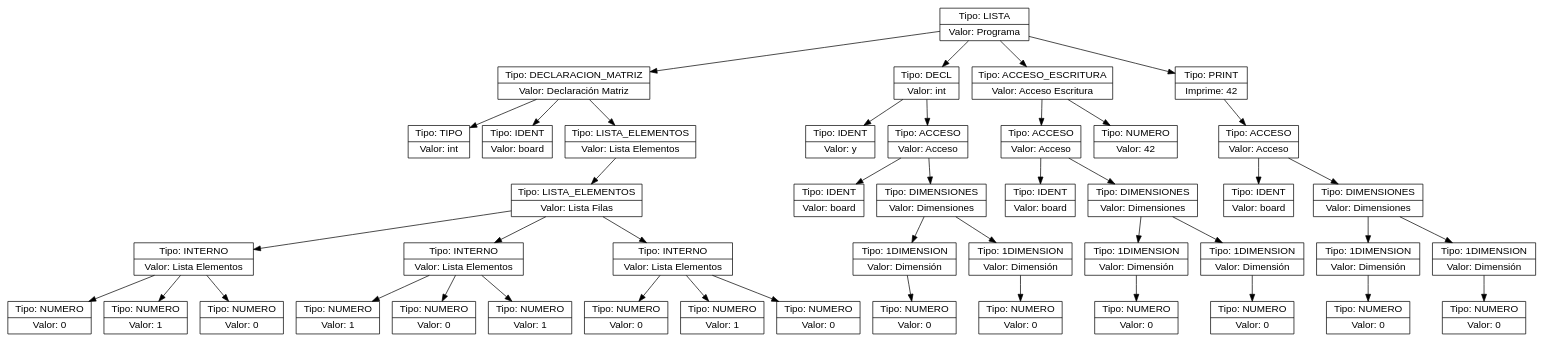
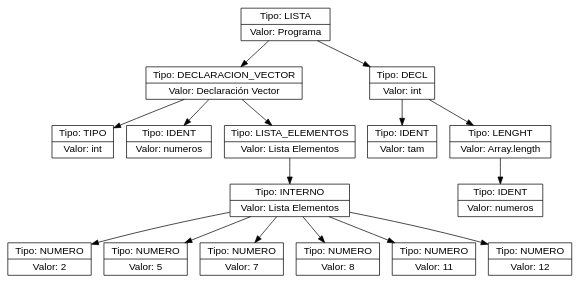
One commit to Farot30/OLC2_2s2025_202307820 changed the diagram in ast.dot. Above: the diagram before and after it, drawn with Graphviz. The commit also changed 24 other files, not shown here.

```diff
--- a/ast.dot
+++ b/ast.dot
@@ -1,90 +1,34 @@
 digraph AST {
   node [shape=record,fontname="Helvetica"];
-  n0x5d904962b1d0 [label="{Tipo: LISTA|Valor: Programa}"];
-  n0x5d904962b1d0 -> n0x5d90497da030;
-  n0x5d90497da030 [label="{Tipo: DECLARACION_MATRIZ|Valor: Declaración Matriz}"];
-  n0x5d90497da030 -> n0x5d90497da0d0;
-  n0x5d90497da0d0 [label="{Tipo: TIPO|Valor: int}"];
-  n0x5d90497da030 -> n0x5d90496243a0;
-  n0x5d90496243a0 [label="{Tipo: IDENT|Valor: board}"];
-  n0x5d90497da030 -> n0x5d9049400700;
-  n0x5d9049400700 [label="{Tipo: LISTA_ELEMENTOS|Valor: Lista Elementos}"];
-  n0x5d9049400700 -> n0x5d90497daca0;
-  n0x5d90497daca0 [label="{Tipo: LISTA_ELEMENTOS|Valor: Lista Filas}"];
-  n0x5d90497daca0 -> n0x5d90497d5390;
-  n0x5d90497d5390 [label="{Tipo: INTERNO|Valor: Lista Elementos}"];
-  n0x5d90497d5390 -> n0x5d904941db00;
-  n0x5d904941db00 [label="{Tipo: NUMERO|Valor: 0}"];
-  n0x5d90497d5390 -> n0x5d90497d9590;
-  n0x5d90497d9590 [label="{Tipo: NUMERO|Valor: 1}"];
-  n0x5d90497d5390 -> n0x5d90493e5740;
-  n0x5d90493e5740 [label="{Tipo: NUMERO|Valor: 0}"];
-  n0x5d90497daca0 -> n0x5d904969f4c0;
-  n0x5d904969f4c0 [label="{Tipo: INTERNO|Valor: Lista Elementos}"];
-  n0x5d904969f4c0 -> n0x5d90494023f0;
-  n0x5d90494023f0 [label="{Tipo: NUMERO|Valor: 1}"];
-  n0x5d904969f4c0 -> n0x5d90497c08a0;
-  n0x5d90497c08a0 [label="{Tipo: NUMERO|Valor: 0}"];
-  n0x5d904969f4c0 -> n0x5d9049762f50;
-  n0x5d9049762f50 [label="{Tipo: NUMERO|Valor: 1}"];
-  n0x5d90497daca0 -> n0x5d90497d43f0;
-  n0x5d90497d43f0 [label="{Tipo: INTERNO|Valor: Lista Elementos}"];
-  n0x5d90497d43f0 -> n0x5d90496999a0;
-  n0x5d90496999a0 [label="{Tipo: NUMERO|Valor: 0}"];
-  n0x5d90497d43f0 -> n0x5d90497d95e0;
-  n0x5d90497d95e0 [label="{Tipo: NUMERO|Valor: 1}"];
-  n0x5d90497d43f0 -> n0x5d904969f3a0;
-  n0x5d904969f3a0 [label="{Tipo: NUMERO|Valor: 0}"];
-  n0x5d904962b1d0 -> n0x5d9049683a20;
-  n0x5d9049683a20 [label="{Tipo: DECL|Valor: int}"];
-  n0x5d9049683a20 -> n0x5d90495a6670;
-  n0x5d90495a6670 [label="{Tipo: IDENT|Valor: y}"];
-  n0x5d9049683a20 -> n0x5d90497d6100;
-  n0x5d90497d6100 [label="{Tipo: ACCESO|Valor: Acceso}"];
-  n0x5d90497d6100 -> n0x5d9049713da0;
-  n0x5d9049713da0 [label="{Tipo: IDENT|Valor: board}"];
-  n0x5d90497d6100 -> n0x5d90493c2e80;
-  n0x5d90493c2e80 [label="{Tipo: DIMENSIONES|Valor: Dimensiones}"];
-  n0x5d90493c2e80 -> n0x5d90495a93a0;
-  n0x5d90495a93a0 [label="{Tipo: 1DIMENSION|Valor: Dimensión}"];
-  n0x5d90495a93a0 -> n0x5d9049741560;
-  n0x5d9049741560 [label="{Tipo: NUMERO|Valor: 0}"];
-  n0x5d90493c2e80 -> n0x5d90497c1e20;
-  n0x5d90497c1e20 [label="{Tipo: 1DIMENSION|Valor: Dimensión}"];
-  n0x5d90497c1e20 -> n0x5d90497c02b0;
-  n0x5d90497c02b0 [label="{Tipo: NUMERO|Valor: 0}"];
-  n0x5d904962b1d0 -> n0x5d9049432250;
-  n0x5d9049432250 [label="{Tipo: ACCESO_ESCRITURA|Valor: Acceso Escritura}"];
-  n0x5d9049432250 -> n0x5d9049714530;
-  n0x5d9049714530 [label="{Tipo: ACCESO|Valor: Acceso}"];
-  n0x5d9049714530 -> n0x5d90495ca0e0;
-  n0x5d90495ca0e0 [label="{Tipo: IDENT|Valor: board}"];
-  n0x5d9049714530 -> n0x5d9049453890;
-  n0x5d9049453890 [label="{Tipo: DIMENSIONES|Valor: Dimensiones}"];
-  n0x5d9049453890 -> n0x5d90497dad90;
-  n0x5d90497dad90 [label="{Tipo: 1DIMENSION|Valor: Dimensión}"];
-  n0x5d90497dad90 -> n0x5d90497d9a90;
-  n0x5d90497d9a90 [label="{Tipo: NUMERO|Valor: 0}"];
-  n0x5d9049453890 -> n0x5d90493a93a0;
-  n0x5d90493a93a0 [label="{Tipo: 1DIMENSION|Valor: Dimensión}"];
-  n0x5d90493a93a0 -> n0x5d90497d7e90;
-  n0x5d90497d7e90 [label="{Tipo: NUMERO|Valor: 0}"];
-  n0x5d9049432250 -> n0x5d90495e2ce0;
-  n0x5d90495e2ce0 [label="{Tipo: NUMERO|Valor: 42}"];
-  n0x5d904962b1d0 -> n0x5d904973e370;
-  n0x5d904973e370 [label="{Tipo: PRINT|Imprime: 42}"];
-  n0x5d904973e370 -> n0x5d90497d3850;
-  n0x5d90497d3850 [label="{Tipo: ACCESO|Valor: Acceso}"];
-  n0x5d90497d3850 -> n0x5d90497d7440;
-  n0x5d90497d7440 [label="{Tipo: IDENT|Valor: board}"];
-  n0x5d90497d3850 -> n0x5d90496863c0;
-  n0x5d90496863c0 [label="{Tipo: DIMENSIONES|Valor: Dimensiones}"];
-  n0x5d90496863c0 -> n0x5d904974ddb0;
-  n0x5d904974ddb0 [label="{Tipo: 1DIMENSION|Valor: Dimensión}"];
-  n0x5d904974ddb0 -> n0x5d90497d8200;
-  n0x5d90497d8200 [label="{Tipo: NUMERO|Valor: 0}"];
-  n0x5d90496863c0 -> n0x5d90497d9b80;
-  n0x5d90497d9b80 [label="{Tipo: 1DIMENSION|Valor: Dimensión}"];
-  n0x5d90497d9b80 -> n0x5d90497d3cc0;
-  n0x5d90497d3cc0 [label="{Tipo: NUMERO|Valor: 0}"];
+  n0x57b98504bfa0 [label="{Tipo: LISTA|Valor: Programa}"];
+  n0x57b98504bfa0 -> n0x57b9852c3fb0;
+  n0x57b9852c3fb0 [label="{Tipo: DECLARACION_VECTOR|Valor: Declaración Vector}"];
+  n0x57b9852c3fb0 -> n0x57b985219dd0;
+  n0x57b985219dd0 [label="{Tipo: TIPO|Valor: int}"];
+  n0x57b9852c3fb0 -> n0x57b9852231e0;
+  n0x57b9852231e0 [label="{Tipo: IDENT|Valor: numeros}"];
+  n0x57b9852c3fb0 -> n0x57b9853911d0;
+  n0x57b9853911d0 [label="{Tipo: LISTA_ELEMENTOS|Valor: Lista Elementos}"];
+  n0x57b9853911d0 -> n0x57b9852a4a60;
+  n0x57b9852a4a60 [label="{Tipo: INTERNO|Valor: Lista Elementos}"];
+  n0x57b9852a4a60 -> n0x57b98541b940;
+  n0x57b98541b940 [label="{Tipo: NUMERO|Valor: 2}"];
+  n0x57b9852a4a60 -> n0x57b985376ba0;
+  n0x57b985376ba0 [label="{Tipo: NUMERO|Valor: 5}"];
+  n0x57b9852a4a60 -> n0x57b98501ab60;
+  n0x57b98501ab60 [label="{Tipo: NUMERO|Valor: 7}"];
+  n0x57b9852a4a60 -> n0x57b985224590;
+  n0x57b985224590 [label="{Tipo: NUMERO|Valor: 8}"];
+  n0x57b9852a4a60 -> n0x57b9853fd890;
+  n0x57b9853fd890 [label="{Tipo: NUMERO|Valor: 11}"];
+  n0x57b9852a4a60 -> n0x57b985219e70;
+  n0x57b985219e70 [label="{Tipo: NUMERO|Valor: 12}"];
+  n0x57b98504bfa0 -> n0x57b9853755e0;
+  n0x57b9853755e0 [label="{Tipo: DECL|Valor: int}"];
+  n0x57b9853755e0 -> n0x57b985222e70;
+  n0x57b985222e70 [label="{Tipo: IDENT|Valor: tam}"];
+  n0x57b9853755e0 -> n0x57b9853fd2a0;
+  n0x57b9853fd2a0 [label="{Tipo: LENGHT|Valor: Array.length}"];
+  n0x57b9853fd2a0 -> n0x57b9852d7d80;
+  n0x57b9852d7d80 [label="{Tipo: IDENT|Valor: numeros}"];
 }
```
